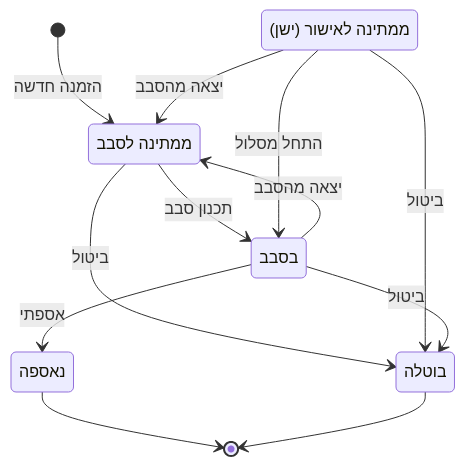
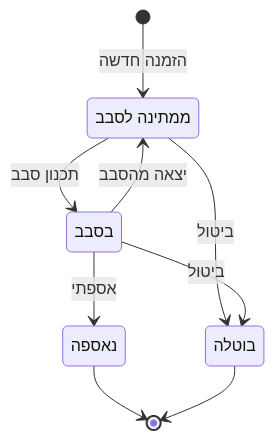
Before and after one commit to uriel-s/Latet-od: the diagram in docs/spec.md, drawn with Mermaid. The commit also changed other lines of this file and 4 other files, not shown here.

````diff
--- a/docs/spec.md
+++ b/docs/spec.md
@@ -197,20 +196,16 @@
 ```mermaid
 stateDiagram-v2
     state "ממתינה לסבב" as waiting
-    state "ממתינה לאישור (ישן)" as pending
     state "בסבב" as confirmed
     state "נאספה" as collected
     state "בוטלה" as cancelled
 
     [*] --> waiting: הזמנה חדשה
     waiting --> confirmed: תכנון סבב
-    pending --> confirmed: התחל מסלול
-    pending --> waiting: יצאה מהסבב
     confirmed --> waiting: יצאה מהסבב
     confirmed --> collected: אספתי
     waiting --> cancelled: ביטול
-    pending --> cancelled: ביטול
     confirmed --> cancelled: ביטול
     collected --> [*]
     cancelled --> [*]
 ```
````
